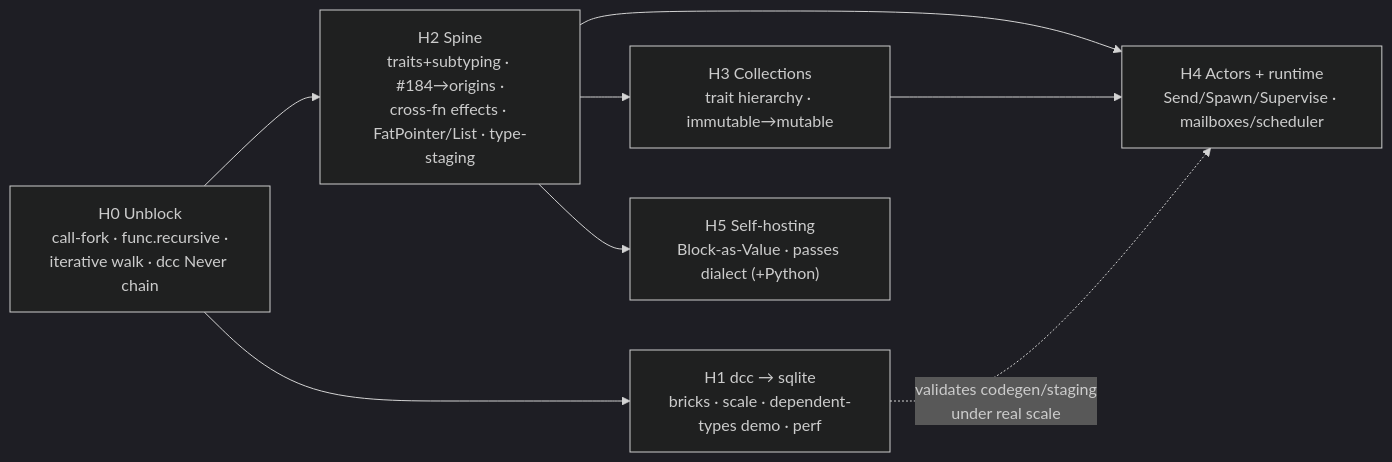
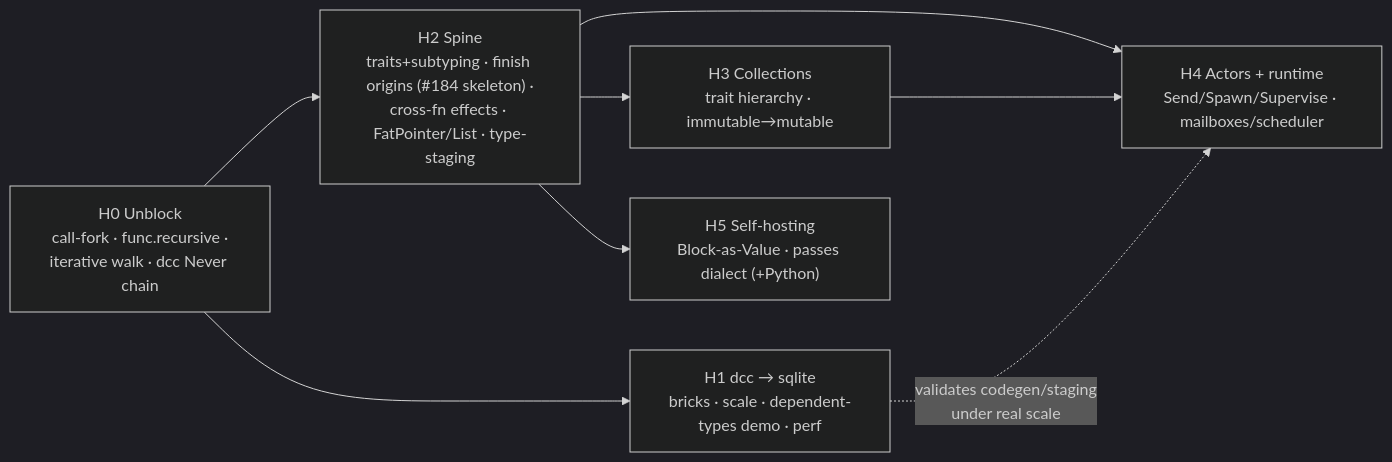
The diagram in docs/roadmap.md (bethebunny/dgen), drawn with Mermaid (dark theme) before and after one commit. The commit also changed other lines of this file, not shown here.

First line of the commit message:
docs(roadmap): correct #184/origins status and decouple dcc from origins

````diff
--- a/docs/roadmap.md
+++ b/docs/roadmap.md
@@ -163,17 +178,17 @@
 ```mermaid
 graph LR
     H0["H0 Unblock<br/>call-fork · func.recursive ·<br/>iterative walk · dcc Never chain"]
     H1["H1 dcc → sqlite<br/>bricks · scale · dependent-types demo · perf"]
-    H2["H2 Spine<br/>traits+subtyping · #184→origins ·<br/>cross-fn effects · FatPointer/List · type-staging"]
+    H2["H2 Spine<br/>traits+subtyping · finish origins (#184 skeleton) ·<br/>cross-fn effects · FatPointer/List · type-staging"]
     H3["H3 Collections<br/>trait hierarchy · immutable→mutable"]
     H4["H4 Actors + runtime<br/>Send/Spawn/Supervise · mailboxes/scheduler"]
     H5["H5 Self-hosting<br/>Block-as-Value · passes dialect (+Python)"]
 
     H0 --> H1
     H0 --> H2
     H2 --> H3
     H2 --> H4
     H3 --> H4
     H2 --> H5
     H1 -. "validates codegen/staging<br/>under real scale" .-> H4
 ```
````
